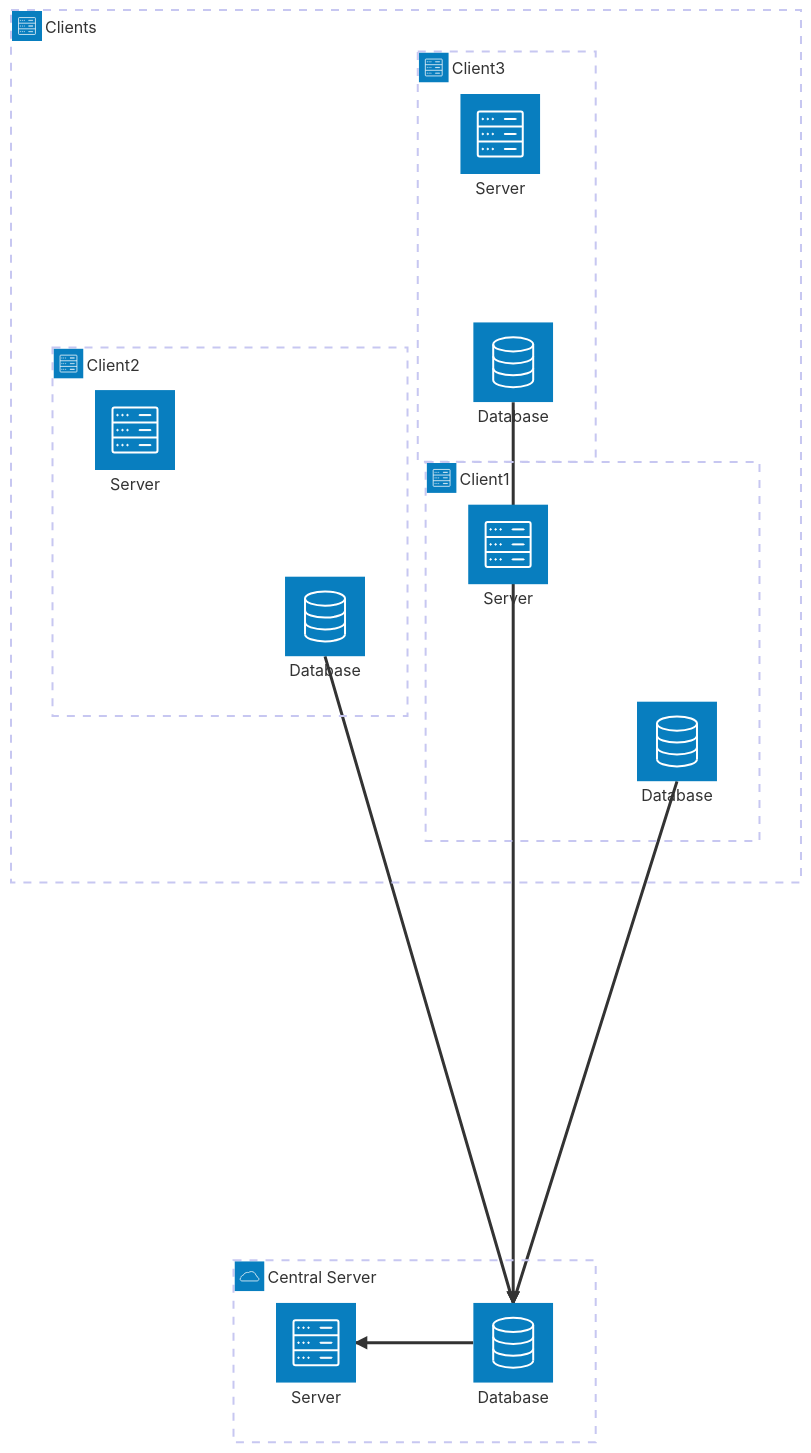
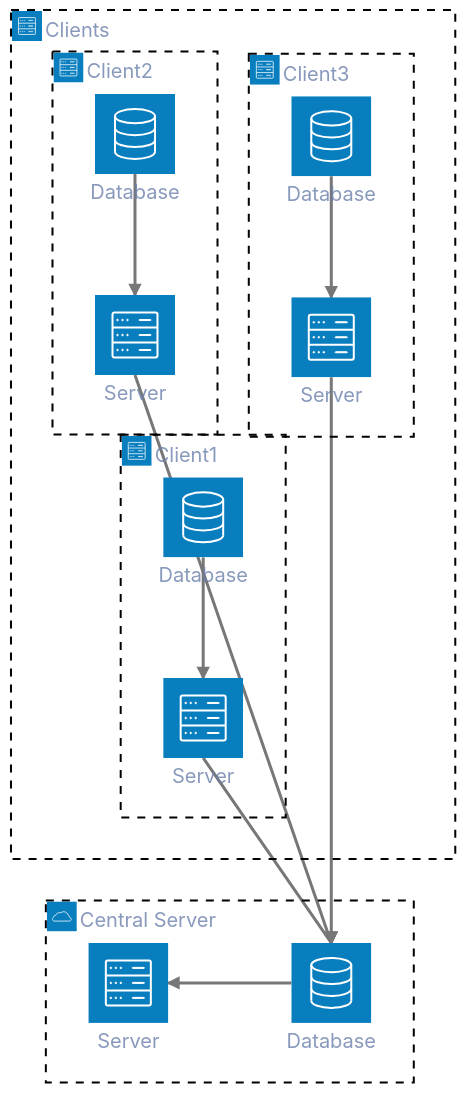
Before and after one commit to ynk-samez/notes: the diagram in Public-key Cryptography.md, drawn with Mermaid. The commit also changed 1 other file, not shown here.

````diff
--- a/Public-key Cryptography.md
+++ b/Public-key Cryptography.md
@@ -1,28 +1,36 @@
 ```mermaid
+%%{init:{'theme':'base','themeVariables':{'primaryColor':'#6A7FAB','primaryTextColor':'#FAFBF9','primaryBorderColor':'#6A7FAB','lineColor':'#6A7FABCC','textColor':'#6A7FABCC','fontSize':'20px'}}}%%
 architecture-beta
     %% =========================
     %% Federated Learning (FL)
     %% =========================
 
     group api(cloud)[Central Server]
 		service db(database)[Database] in api
 		service server(server)[Server] in api
 		
 		db:L-->R:server
 		
 	group clients(server)[Clients]
 		group client1(server)[Client1] in clients
 			service db_client1(database)[Database] in client1
 			service server_client1(server)[Server] in client1
 		group client2(server)[Client2] in clients
 			service db_client2(database)[Database] in client2
 			service server_client2(server)[Server] in client2
 		group client3(server)[Client3] in clients
 			service db_client3(database)[Database] in client3
 			service server_client3(server)[Server] in client3
+			db_client1:B-->T:server_client1
 			
-			db_client1:B-->T:db
-			db_client2:B-->T:db
-			db_client3:B-->T:db
+			db_client2:B-->T:server_client2
+			
+			db_client3:B-->T:server_client3
+			
+			server_client1:B-->T:db
+			
+			server_client2:B-->T:db
+			
+			server_client3:B-->T:db
 			
 ```
````
